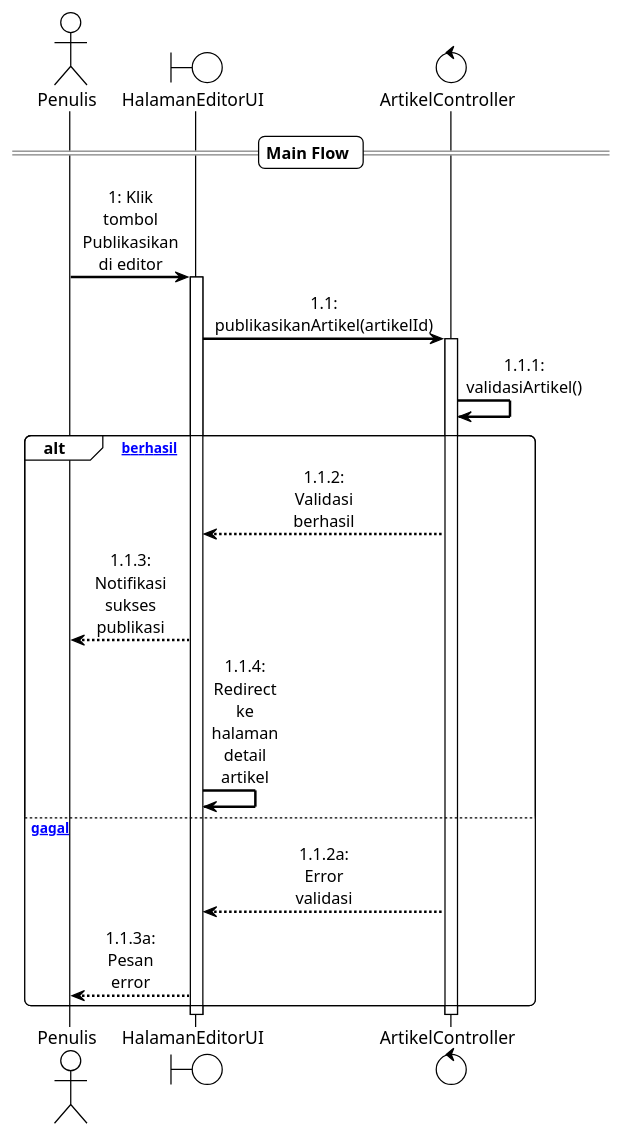
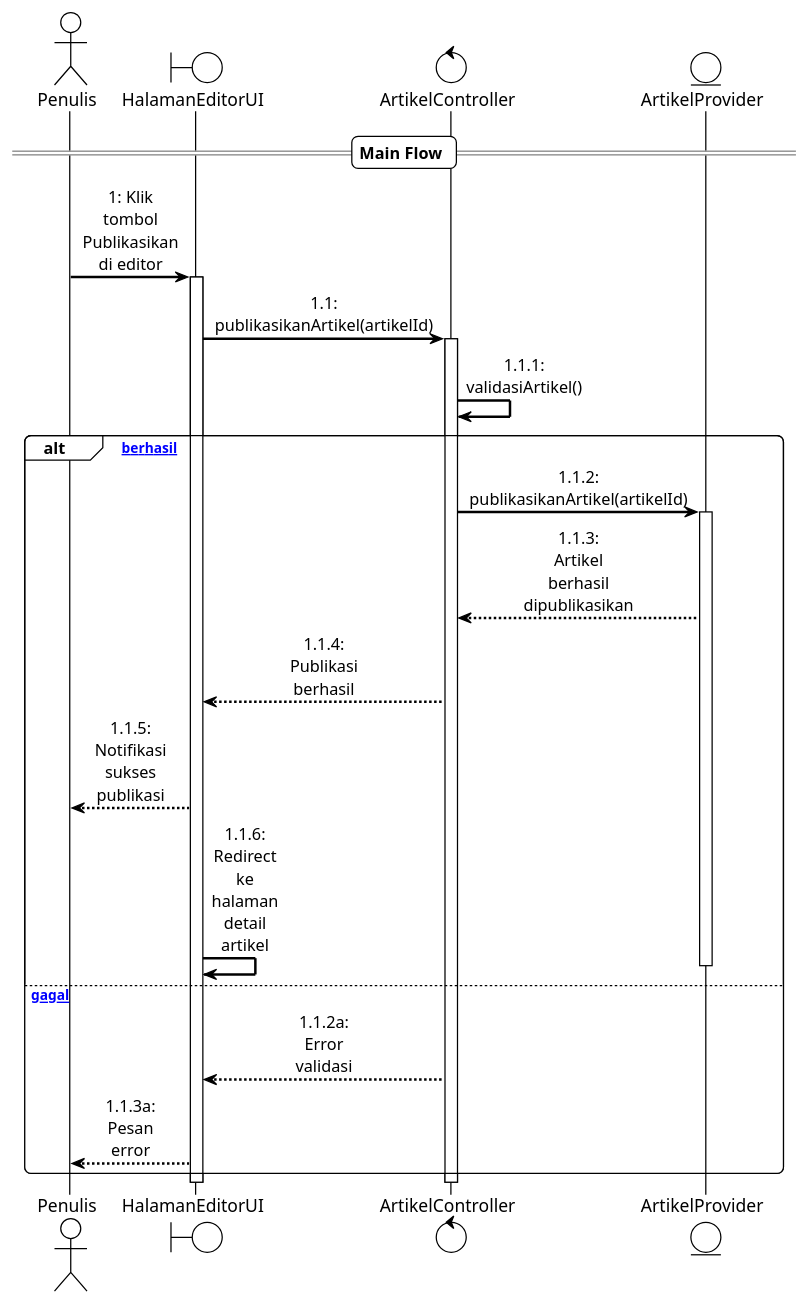
Before and after one commit to habstrakT808/PABERLAND---Platform-penulis-indonesia: the diagram in docs/diagrams/sequence/Sequence_Diagram_Publikasikan_Artikel.puml, drawn with PlantUML. The commit also changed 31 other files, not shown here.

Commit message:
Perbaikan performa: optimasi search API dan halaman kategori - Fix search API timeout dengan menghapus pencarian di kolom content - Optimasi halaman kategori dengan parallel queries - Perbaikan error handling untuk empty error objects - Update dokumentasi dan diagram

```diff
--- a/docs/diagrams/sequence/Sequence_Diagram_Publikasikan_Artikel.puml
+++ b/docs/diagrams/sequence/Sequence_Diagram_Publikasikan_Artikel.puml
@@ -1,32 +1,37 @@
 @startuml
 !theme plain
 skinparam sequenceMessageAlign center
 skinparam sequenceArrowThickness 2
 skinparam roundcorner 10
 skinparam maxmessagesize 60
 
 actor Penulis as User
 boundary HalamanEditorUI as EditorUI
 control ArtikelController as Controller
+entity ArtikelProvider as Artikel
 
 == Main Flow ==
 
 User -> EditorUI : 1: Klik tombol Publikasikan di editor
 activate EditorUI
 EditorUI -> Controller : 1.1: publikasikanArtikel(artikelId)
 activate Controller
 Controller -> Controller : 1.1.1: validasiArtikel()
 
 alt [Validasi berhasil]
-    Controller --> EditorUI : 1.1.2: Validasi berhasil
-    EditorUI --> User : 1.1.3: Notifikasi sukses publikasi
-    EditorUI -> EditorUI : 1.1.4: Redirect ke halaman detail artikel
+    Controller -> Artikel : 1.1.2: publikasikanArtikel(artikelId)
+    activate Artikel
+    Artikel --> Controller : 1.1.3: Artikel berhasil dipublikasikan
+    Controller --> EditorUI : 1.1.4: Publikasi berhasil
+    EditorUI --> User : 1.1.5: Notifikasi sukses publikasi
+    EditorUI -> EditorUI : 1.1.6: Redirect ke halaman detail artikel
+    deactivate Artikel
 else [Validasi gagal]
     Controller --> EditorUI : 1.1.2a: Error validasi
     EditorUI --> User : 1.1.3a: Pesan error
 end
 
 deactivate Controller
 deactivate EditorUI
 
 @enduml
```
